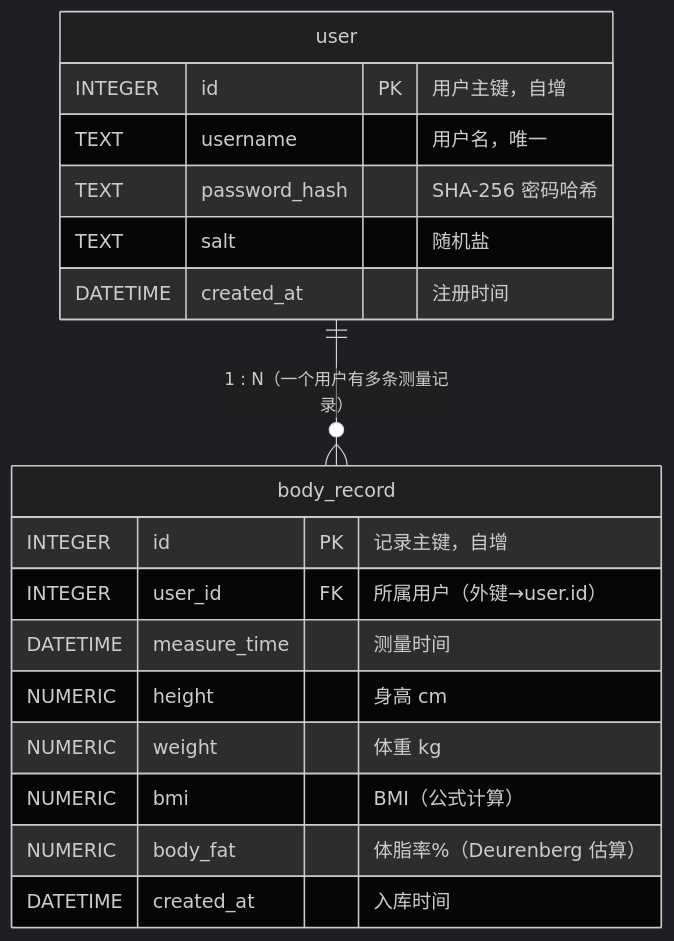
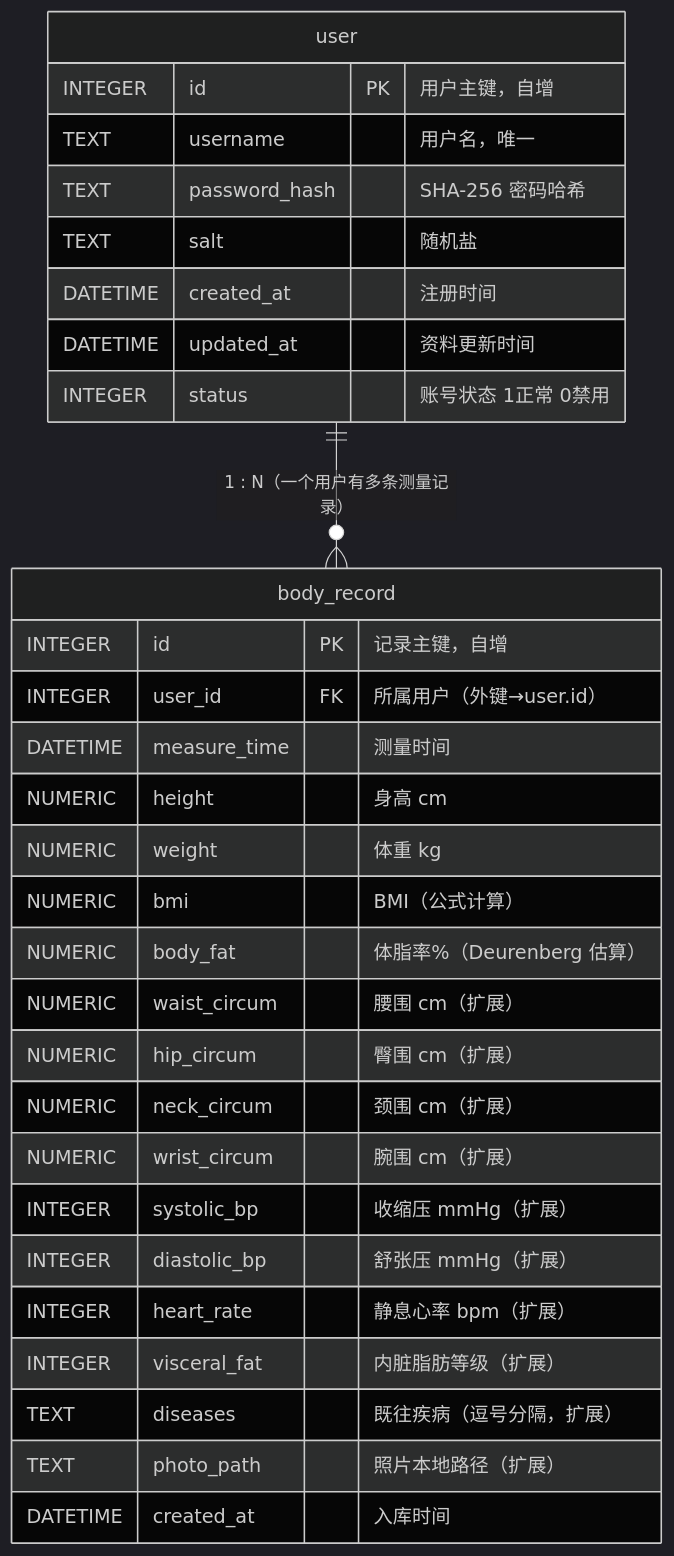
One commit to Saints2026/BMI changed the diagram in docs/db_design.md. Above: the diagram before and after it, drawn with Mermaid (dark theme). The commit also changed other lines of this file and 1 other file, not shown here.

````diff
--- a/docs/db_design.md
+++ b/docs/db_design.md
@@ -31,23 +33,35 @@
 ```mermaid
 erDiagram
     user ||--o{ body_record : "1 : N（一个用户有多条测量记录）"
 
     user {
         INTEGER id PK "用户主键，自增"
         TEXT    username "用户名，唯一"
         TEXT    password_hash "SHA-256 密码哈希"
         TEXT    salt "随机盐"
         DATETIME created_at "注册时间"
+        DATETIME updated_at "资料更新时间"
+        INTEGER  status "账号状态 1正常 0禁用"
     }
 
     body_record {
         INTEGER id PK "记录主键，自增"
         INTEGER user_id FK "所属用户（外键→user.id）"
         DATETIME measure_time "测量时间"
         NUMERIC height "身高 cm"
         NUMERIC weight "体重 kg"
         NUMERIC bmi "BMI（公式计算）"
         NUMERIC body_fat "体脂率%（Deurenberg 估算）"
+        NUMERIC waist_circum "腰围 cm（扩展）"
+        NUMERIC hip_circum "臀围 cm（扩展）"
+        NUMERIC neck_circum "颈围 cm（扩展）"
+        NUMERIC wrist_circum "腕围 cm（扩展）"
+        INTEGER systolic_bp "收缩压 mmHg（扩展）"
+        INTEGER diastolic_bp "舒张压 mmHg（扩展）"
+        INTEGER heart_rate "静息心率 bpm（扩展）"
+        INTEGER visceral_fat "内脏脂肪等级（扩展）"
+        TEXT    diseases "既往疾病（逗号分隔，扩展）"
+        TEXT    photo_path "照片本地路径（扩展）"
         DATETIME created_at "入库时间"
     }
 ```
````
